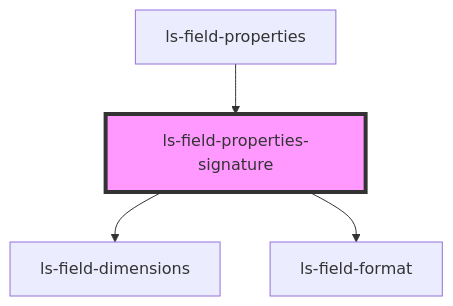
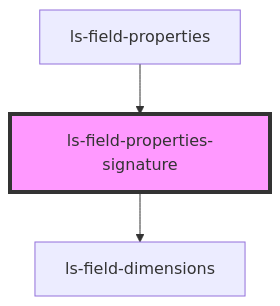
One commit to legalesign/ls-document-viewer changed the diagram in src/components/ls-field-properties-signature/readme.md. Above: the diagram before and after it, drawn with Mermaid. The commit also changed other lines of this file and 18 other files, not shown here.

````diff
--- a/src/components/ls-field-properties-signature/readme.md
+++ b/src/components/ls-field-properties-signature/readme.md
@@ -27,7 +26,6 @@
 ```mermaid
 graph TD;
   ls-field-properties-signature --> ls-field-dimensions
-  ls-field-properties-signature --> ls-field-format
   ls-field-properties --> ls-field-properties-signature
   style ls-field-properties-signature fill:#f9f,stroke:#333,stroke-width:4px
 ```
````
